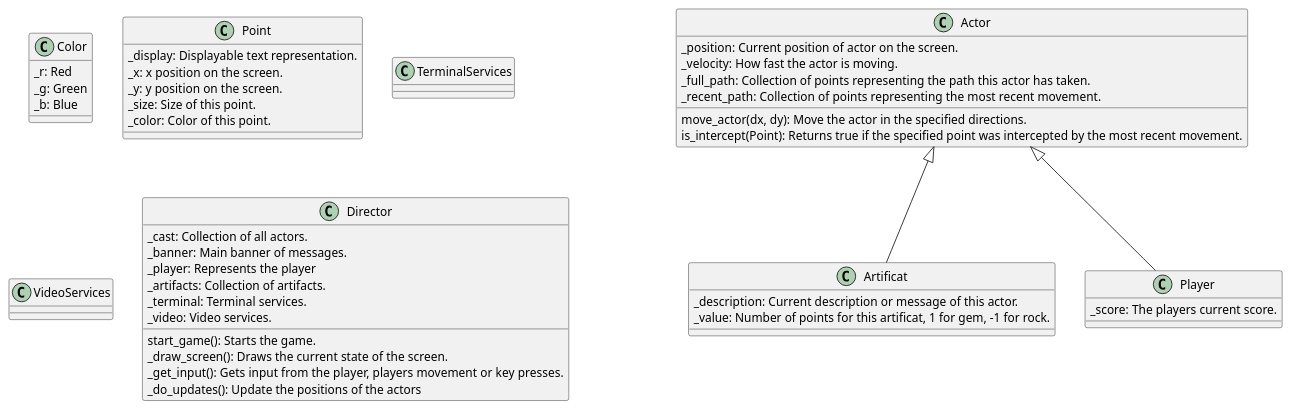
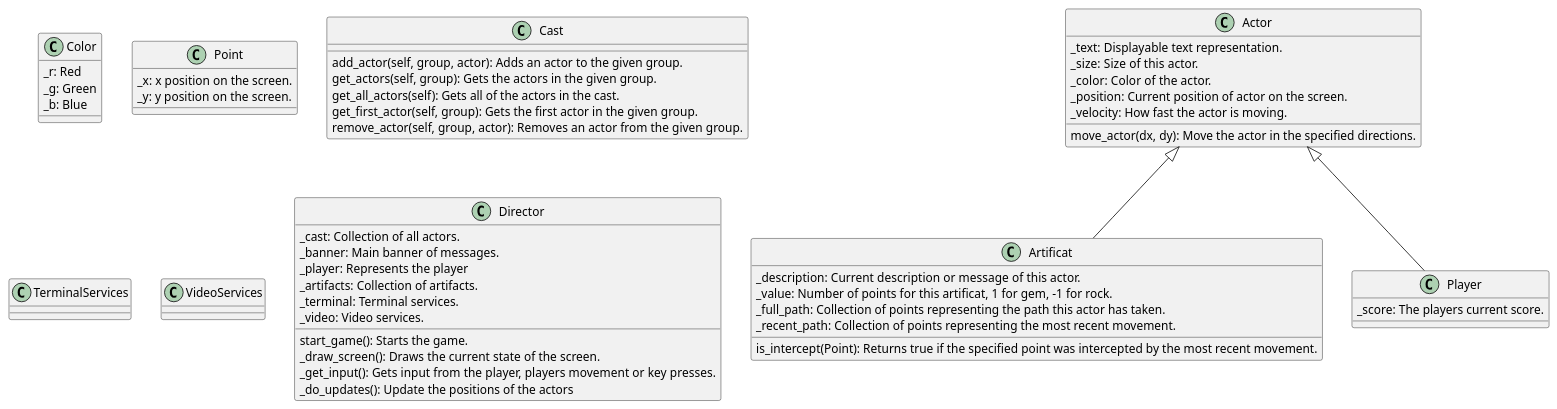
The diagram in Greed - Class Diagram.wsd (mscottreynolds/cse210-04), drawn with PlantUML before and after one commit. The commit also changed 12 other files, not shown here.

```diff
--- a/Greed - Class Diagram.wsd
+++ b/Greed - Class Diagram.wsd
@@ -1,62 +1,69 @@
 @startuml
 
 class Color {
     _r: Red
     _g: Green
     _b: Blue
 }
 
 class Point {
-    _display: Displayable text representation.
     _x: x position on the screen.
     _y: y position on the screen.
-    _size: Size of this point.
-    _color: Color of this point.
 }
 
 class Actor {
+    _text: Displayable text representation.
+    _size: Size of this actor.
+    _color: Color of the actor.
     _position: Current position of actor on the screen.
     _velocity: How fast the actor is moving.
-    _full_path: Collection of points representing the path this actor has taken.
-    _recent_path: Collection of points representing the most recent movement.
 
     move_actor(dx, dy): Move the actor in the specified directions.
-    is_intercept(Point): Returns true if the specified point was intercepted by the most recent movement.
 }
 
 class Artificat {
     _description: Current description or message of this actor.
     _value: Number of points for this artificat, 1 for gem, -1 for rock.
+    _full_path: Collection of points representing the path this actor has taken.
+    _recent_path: Collection of points representing the most recent movement.
+
+    is_intercept(Point): Returns true if the specified point was intercepted by the most recent movement.
 }
 
 Actor <|-- Artificat 
 
 class Player {
     _score: The players current score.
 }
 
 Actor <|-- Player
 
+class Cast {
+    add_actor(self, group, actor): Adds an actor to the given group.
+    get_actors(self, group): Gets the actors in the given group.
+    get_all_actors(self): Gets all of the actors in the cast.
+    get_first_actor(self, group): Gets the first actor in the given group.
+    remove_actor(self, group, actor): Removes an actor from the given group.
+}
+
 class TerminalServices {
-
 }
 
 class VideoServices {
-
 }
 
 class Director {
     _cast: Collection of all actors.
     _banner: Main banner of messages.
     _player: Represents the player
     _artifacts: Collection of artifacts.
     _terminal: Terminal services.
     _video: Video services.
 
     start_game(): Starts the game.
     _draw_screen(): Draws the current state of the screen.
     _get_input(): Gets input from the player, players movement or key presses.
     _do_updates(): Update the positions of the actors
 }
 
 @enduml
```
